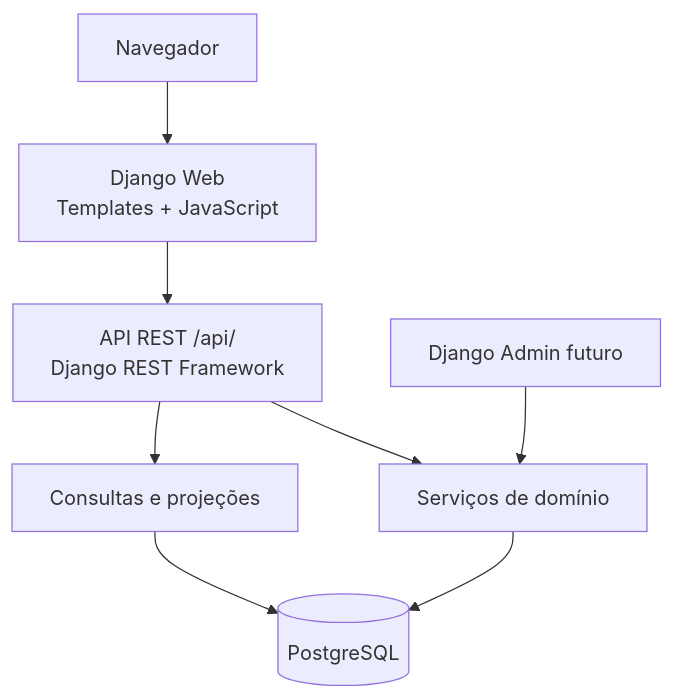
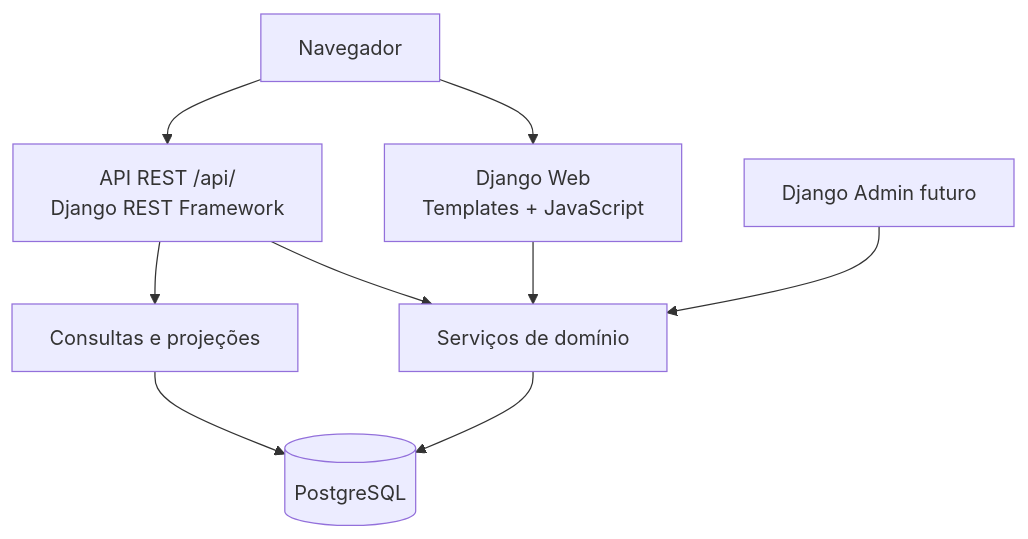
The diagram in docs/architecture/diagrams/c4-container.md (MarcosVini753/estagio), drawn with Mermaid before and after one commit. The commit also changed other lines of this file and 91 other files, not shown here.

````diff
--- a/docs/architecture/diagrams/c4-container.md
+++ b/docs/architecture/diagrams/c4-container.md
@@ -3,20 +3,21 @@
 ```mermaid
 flowchart TB
     browser[Navegador]
     web[Django Web
 Templates + JavaScript]
     api[API REST /api/
 Django REST Framework]
     services[Serviços de domínio]
     reports[Consultas e projeções]
     db[(PostgreSQL)]
     admin[Django Admin futuro]
 
     browser --> web
-    web --> api
+    browser --> api
+    web --> services
     api --> services
     api --> reports
     services --> db
     reports --> db
     admin --> services
 ```
````
